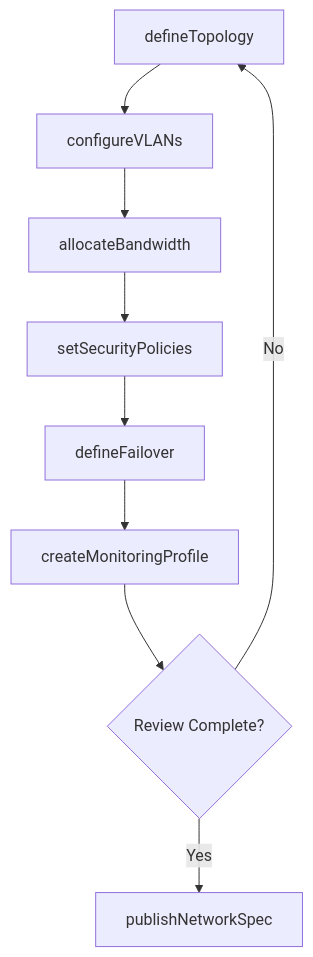
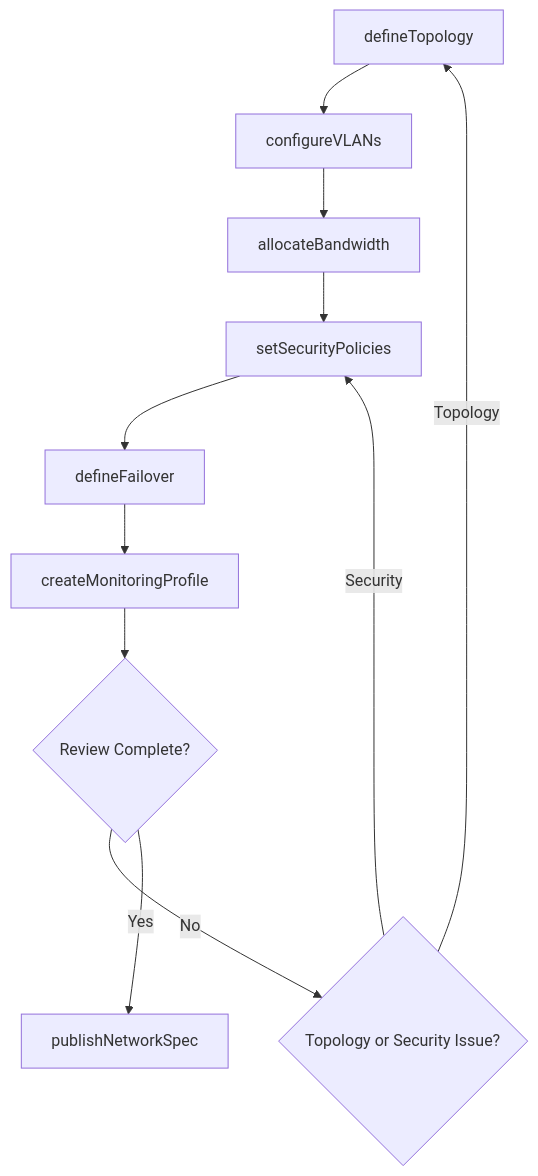
One commit to dot-org-ai/tasks.org.ai changed the third of 4 diagrams in ThinkingCreatively/DevelopTechnicalSpecificationsForProductsOrOperations/DevelopSpecificationsComputerNetworkOperation.mdx. Above: the diagram before and after it, drawn with Mermaid. The commit also changed other lines of this file and 71 other files, not shown here.

Commit message:
feat: Add ER diagrams, state diagrams to 72 more DWA task files (wave 2 continued)

````diff
--- a/ThinkingCreatively/DevelopTechnicalSpecificationsForProductsOrOperations/DevelopSpecificationsComputerNetworkOperation.mdx
+++ b/ThinkingCreatively/DevelopTechnicalSpecificationsForProductsOrOperations/DevelopSpecificationsComputerNetworkOperation.mdx
@@ -89,11 +116,13 @@
 ```mermaid
 graph TD
     A[defineTopology] --> B[configureVLANs]
     B --> C[allocateBandwidth]
     C --> D[setSecurityPolicies]
     D --> E[defineFailover]
     E --> F[createMonitoringProfile]
     F --> G{Review Complete?}
-    G -->|No| A
-    G -->|Yes| H[publishNetworkSpec]
+    G -->|No| H{Topology or Security Issue?}
+    H -->|Topology| A
+    H -->|Security| D
+    G -->|Yes| I[publishNetworkSpec]
 ```
````
